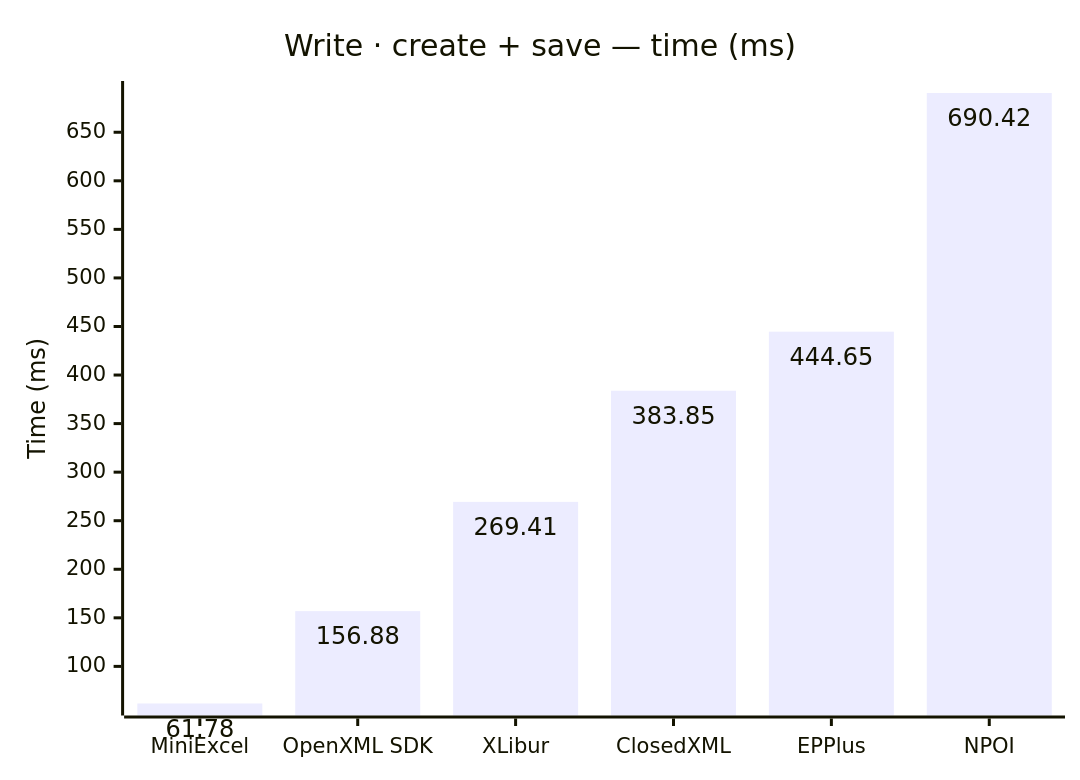
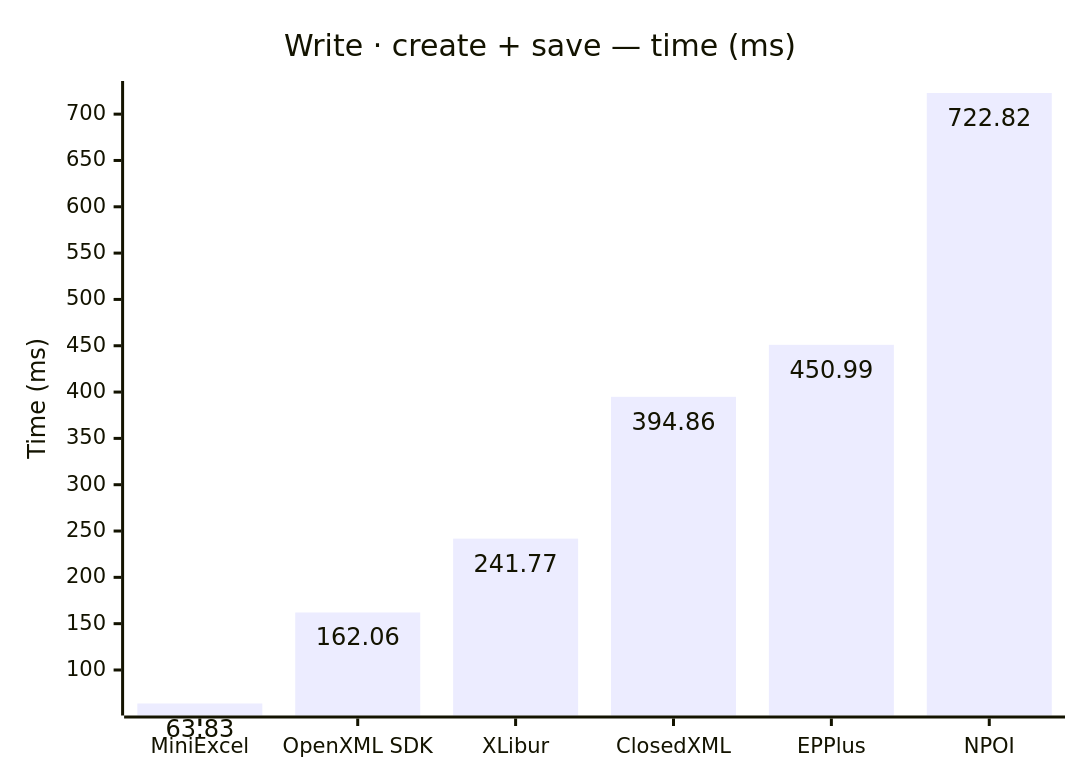
Before and after one commit to jafin/XLBench: the fifth of 8 diagrams in docs/results.md, drawn with Mermaid. The commit also changed other lines of this file and 1 other file, not shown here.

````diff
--- a/docs/results.md
+++ b/docs/results.md
@@ -86,12 +86,12 @@
 ```mermaid
 ---
 config:
   xyChart:
     showDataLabel: true
 ---
 xychart-beta
     title "Write · create + save — time (ms)"
     x-axis ["MiniExcel", "OpenXML SDK", "XLibur", "ClosedXML", "EPPlus", "NPOI"]
     y-axis "Time (ms)"
-    bar [61.78, 156.88, 269.41, 383.85, 444.65, 690.42]
+    bar [63.83, 162.06, 241.77, 394.86, 450.99, 722.82]
 ```
````
